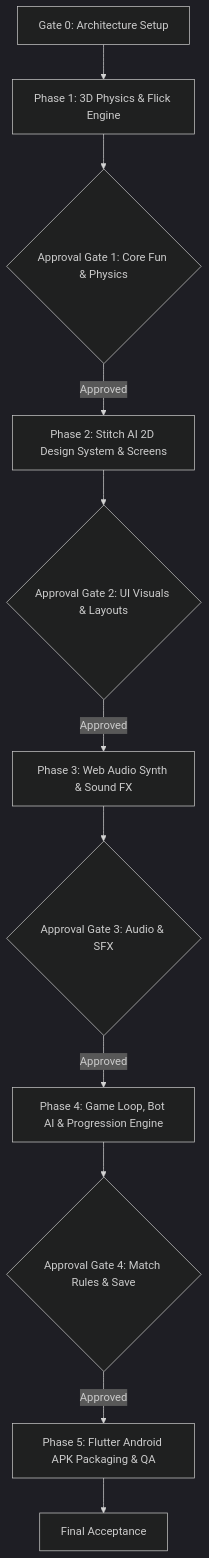
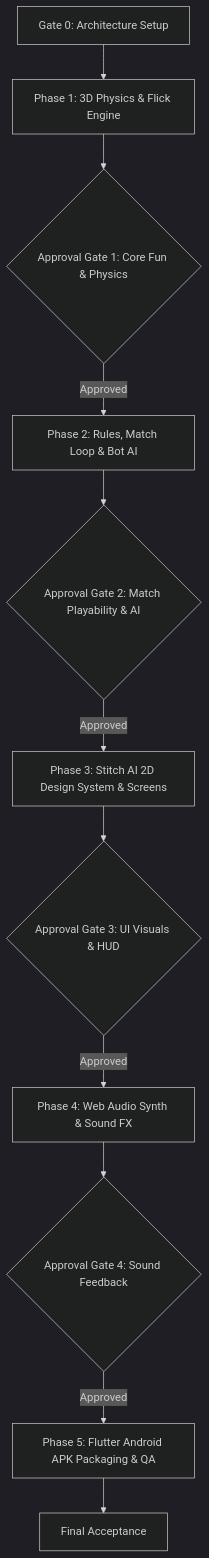
The diagram in MASTER_DEVELOPMENT_PLAN.md (vinayaksaxena1-maker/panpancil_ki-ladai), drawn with Mermaid (dark theme) before and after one commit. The commit also changed other lines of this file, not shown here.

Commit message:
DOCS: Reorder development phases to prioritize Match Rules & Bot AI before UI and Audio

````diff
--- a/MASTER_DEVELOPMENT_PLAN.md
+++ b/MASTER_DEVELOPMENT_PLAN.md
@@ -95,13 +95,13 @@
 ```mermaid
 flowchart TD
     G0[Gate 0: Architecture Setup] --> P1[Phase 1: 3D Physics & Flick Engine]
     P1 --> G1{Approval Gate 1: Core Fun & Physics}
-    G1 -- Approved --> P2[Phase 2: Stitch AI 2D Design System & Screens]
-    P2 --> G2{Approval Gate 2: UI Visuals & Layouts}
-    G2 -- Approved --> P3[Phase 3: Web Audio Synth & Sound FX]
-    P3 --> G3{Approval Gate 3: Audio & SFX}
-    G3 -- Approved --> P4[Phase 4: Game Loop, Bot AI & Progression Engine]
-    P4 --> G4{Approval Gate 4: Match Rules & Save}
+    G1 -- Approved --> P2[Phase 2: Rules, Match Loop & Bot AI]
+    P2 --> G2{Approval Gate 2: Match Playability & AI}
+    G2 -- Approved --> P3[Phase 3: Stitch AI 2D Design System & Screens]
+    P3 --> G3{Approval Gate 3: UI Visuals & HUD}
+    G3 -- Approved --> P4[Phase 4: Web Audio Synth & Sound FX]
+    P4 --> G4{Approval Gate 4: Sound Feedback}
     G4 -- Approved --> P5[Phase 5: Flutter Android APK Packaging & QA]
     P5 --> G5[Final Acceptance]
 ```
````
